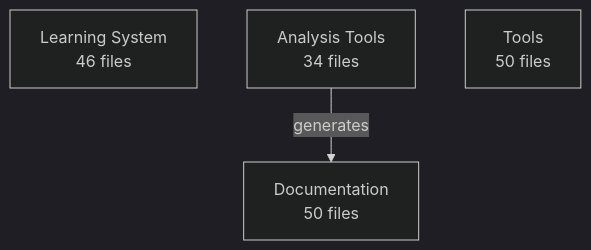
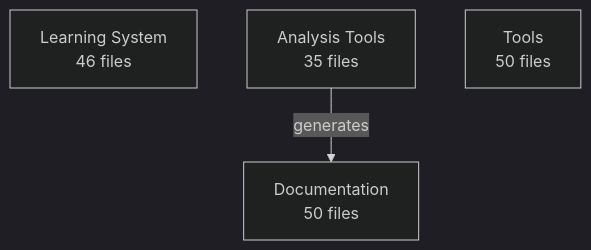
The diagram in analysis/architecture/architecture.mmd (enufacas/Chained), drawn with Mermaid (dark theme) before and after one commit. The commit also changed 6 other files, not shown here.

First line of the commit message:
🏗️ Update architecture evolution tracking

```diff
--- a/analysis/architecture/architecture.mmd
+++ b/analysis/architecture/architecture.mmd
@@ -1,6 +1,6 @@
 graph TD
     learning_system[Learning System<br/>46 files]
-    analysis_tools[Analysis Tools<br/>34 files]
+    analysis_tools[Analysis Tools<br/>35 files]
     documentation[Documentation<br/>50 files]
     tools[Tools<br/>50 files]
     analysis_tools -->|generates| documentation
```
